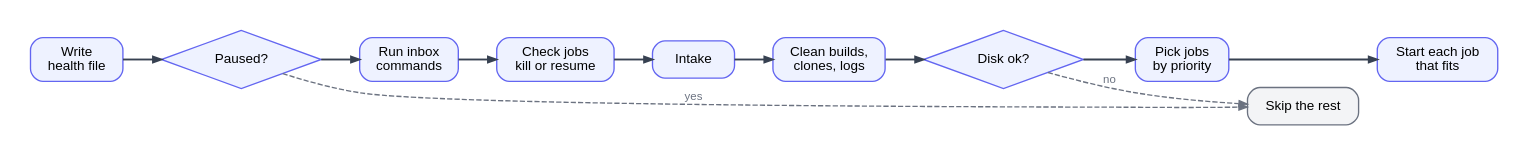
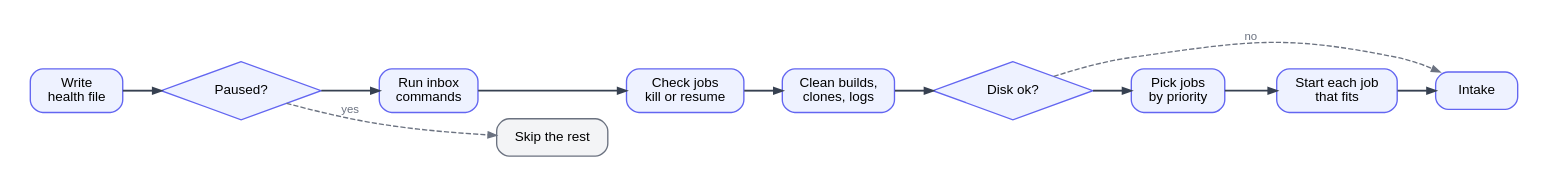
The diagram in factory/docs/diagrams/tick.dot (btseytlin/road-machiners), drawn with Graphviz before and after one commit. The commit also changed 14 other files, not shown here.

Commit message:
Intake reads votes in one GitHub search and runs last in the tick; GitHub calls go one at a time and retry rate limits with growing waits

```diff
--- a/factory/docs/diagrams/tick.dot
+++ b/factory/docs/diagrams/tick.dot
@@ -1,13 +1,13 @@
-// One tick. Black: normal path. Grey: the tick stops early.
+// One tick. Black: normal path. Grey: the tick skips steps. Intake runs last, so its failure never holds back a job.
 digraph tick {
   rankdir=LR; nodesep=0.3; ranksep=0.5; bgcolor=white; pad=0.3;
   node [shape=box, style="rounded,filled", fillcolor="#eef2ff", color="#6366f1", fontname="Helvetica", fontsize=13, margin="0.15,0.1", penwidth=1.3, width=1.1];
   edge [color="#374151", penwidth=1.8, arrowsize=0.8, fontname="Helvetica", fontsize=11];
   H [label="Write\nhealth file"]; Q [label="Paused?", shape=diamond, style=filled, width=1.1]; IN [label="Run inbox\ncommands"];
   J [label="Check jobs\nkill or resume"]; K [label="Intake"]; CL [label="Clean builds,\nclones, logs"];
   DSK [label="Disk ok?", shape=diamond, style=filled, width=1.1]; PK [label="Pick jobs\nby priority"]; ST [label="Start each job\nthat fits"];
   STOP [label="Skip the rest", fillcolor="#f3f4f6", color="#6b7280"];
-  H -> Q -> IN -> J -> K -> CL -> DSK -> PK -> ST [weight=100];
+  H -> Q -> IN -> J -> CL -> DSK -> PK -> ST -> K [weight=100];
   edge [color="#6b7280", fontcolor="#6b7280", style=dashed, penwidth=1.3, weight=0];
-  Q -> STOP [label="yes"]; DSK -> STOP [label="no"];
+  Q -> STOP [label="yes"]; DSK -> K [label="no"];
 }
```
